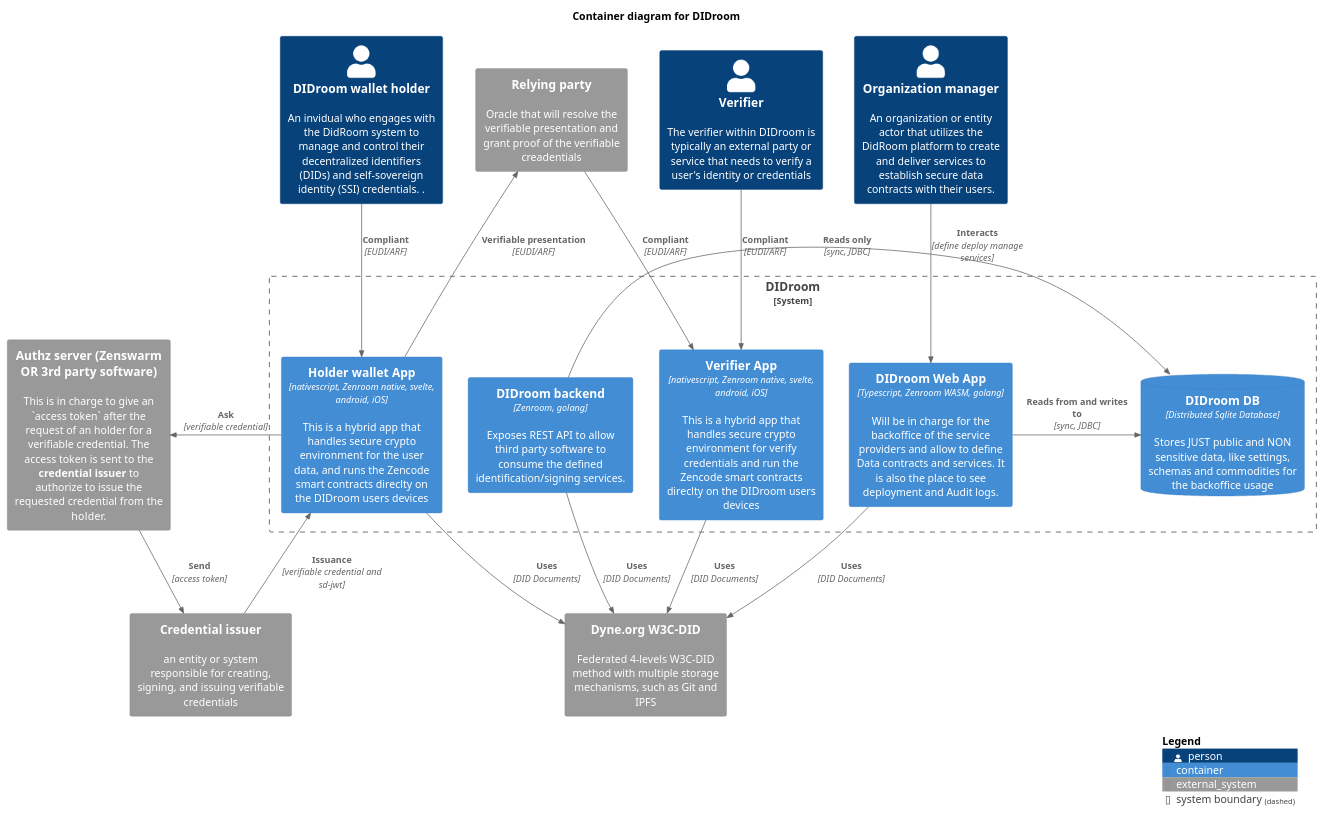
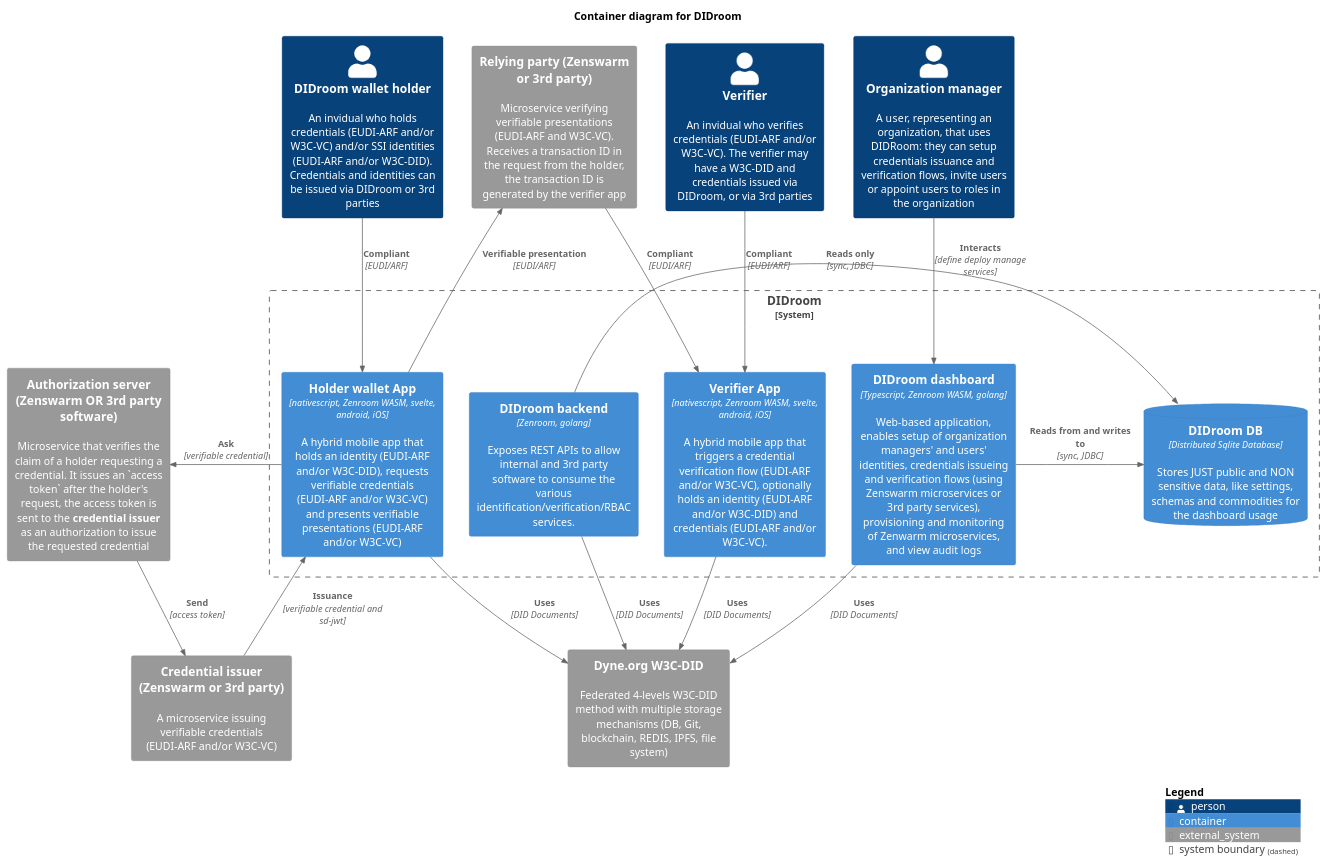
Before and after one commit to ForkbombEu/DIDroom: the diagram in diagrams/02_container.puml, drawn with PlantUML.

Commit message:
Update copy (Trustchain D2)

```diff
--- a/diagrams/02_container.puml
+++ b/diagrams/02_container.puml
@@ -1,44 +1,44 @@
 @startuml
 !include C4_Container.puml
 
 title Container diagram for DIDroom
 
-Person(org, "Organization manager", "An organization or entity actor that utilizes the DidRoom platform to create and deliver services to establish secure data contracts with their users.")
-Person(user, "DIDroom wallet holder", "An invidual who engages with the DidRoom system to manage and control their decentralized identifiers (DIDs) and self-sovereign identity (SSI) credentials. .")
-Person(verifier, "Verifier", "The verifier within DIDroom is typically an external party or service that needs to verify a user's identity or credentials")
-System_Ext(issuer, "Credential issuer", "an entity or system responsible for creating, signing, and issuing verifiable credentials")
+Person(org, "Organization manager", "A user, representing an organization, that uses DIDRoom: they can setup credentials issuance and verification flows, invite users or appoint users to roles in the organization")
+Person(user, "DIDroom wallet holder", "An invidual who holds credentials (EUDI-ARF and/or W3C-VC) and/or SSI identities (EUDI-ARF and/or W3C-DID). Credentials and identities can be issued via DIDroom or 3rd parties")
+Person(verifier, "Verifier", "An invidual who verifies credentials (EUDI-ARF and/or W3C-VC). The verifier may have a W3C-DID and credentials issued via DIDroom, or via 3rd parties")
+System_Ext(issuer, "Credential issuer (Zenswarm or 3rd party)", "A microservice issuing verifiable credentials (EUDI-ARF and/or W3C-VC)")
 
 System_Boundary(didroom_solution, "DIDroom") {
-  Container(wallet, "Holder wallet App", "nativescript, Zenroom native, svelte, android, iOS", "This is a hybrid app that handles secure crypto environment for the user data, and runs the Zencode smart contracts direclty on the DIDroom users devices")
-  Container(didroom, "DIDroom Web App", "Typescript, Zenroom WASM, golang", "Will be in charge for the backoffice of the service providers and allow to define Data contracts and services. It is also the place to see deployment and Audit logs.")
-  Container(didroom_backend, "DIDroom backend", "Zenroom, golang", "Exposes REST API to allow third party software to consume the defined identification/signing services.")
-  ContainerDb(db, "DIDroom DB", "Distributed Sqlite Database", "Stores JUST public and NON sensitive data, like settings, schemas and commodities for the backoffice usage")
-  Container(verifier_app, "Verifier App", "nativescript, Zenroom native, svelte, android, iOS", "This is a hybrid app that handles secure crypto environment for verify credentials and run the Zencode smart contracts direclty on the DIDroom users devices")
+  Container(wallet, "Holder wallet App", "nativescript, Zenroom WASM, svelte, android, iOS", "A hybrid mobile app that holds an identity (EUDI-ARF and/or W3C-DID), requests verifiable credentials (EUDI-ARF and/or W3C-VC) and presents verifiable presentations (EUDI-ARF and/or W3C-VC)")
+  Container(didroom, "DIDroom dashboard", "Typescript, Zenroom WASM, golang", "Web-based application, enables setup of organization managers' and users' identities, credentials issueing and verification flows (using Zenswarm microservices or 3rd party services), provisioning and monitoring of Zenwarm microservices, and view audit logs")
+  Container(didroom_backend, "DIDroom backend", "Zenroom, golang", "Exposes REST APIs to allow internal and 3rd party software to consume the various identification/verification/RBAC services.")
+  ContainerDb(db, "DIDroom DB", "Distributed Sqlite Database", "Stores JUST public and NON sensitive data, like settings, schemas and commodities for the dashboard usage")
+  Container(verifier_app, "Verifier App", "nativescript, Zenroom WASM, svelte, android, iOS", "A hybrid mobile app that triggers a credential verification flow (EUDI-ARF and/or W3C-VC), optionally holds an identity (EUDI-ARF and/or W3C-DID) and credentials (EUDI-ARF and/or W3C-VC).")
 }
 
 
-System_Ext(did, "Dyne.org W3C-DID", "Federated 4-levels W3C-DID method with multiple storage mechanisms, such as Git and IPFS")
-System_Ext(relying_party, "Relying party", "Oracle that will resolve the verifiable presentation and grant proof of the verifiable creadentials")
-System_Ext(auth_server, "Authz server (Zenswarm OR 3rd party software)", "This is in charge to give an `access token` after the request of an holder for a verifiable credential. The access token is sent to the **credential issuer** to authorize to issue the requested credential from the holder.")
+System_Ext(did, "Dyne.org W3C-DID", "Federated 4-levels W3C-DID method with multiple storage mechanisms (DB, Git, blockchain, REDIS, IPFS, file system)")
+System_Ext(relying_party, "Relying party (Zenswarm or 3rd party)", "Microservice verifying verifiable presentations (EUDI-ARF and W3C-VC). Receives a transaction ID in the request from the holder, the transaction ID is generated by the verifier app")
+System_Ext(auth_server, "Authorization server (Zenswarm OR 3rd party software)", "Microservice that verifies the claim of a holder requesting a credential. It issues an `access token` after the holder's request, the access token is sent to the **credential issuer** as an authorization to issue the requested credential")
 
 Rel_R(didroom, db, "Reads from and writes to", "sync, JDBC")
 Rel_R(didroom_backend, db, "Reads only", "sync, JDBC")
 Rel(user, wallet, "Compliant", "EUDI/ARF")
 Rel(verifier, verifier_app, "Compliant", "EUDI/ARF")
 Rel(relying_party, verifier_app, "Compliant", "EUDI/ARF")
 Rel_Neighbor(wallet, relying_party, "Verifiable presentation", "EUDI/ARF")
 Rel(auth_server, issuer , "Send", "access token")
 Rel_R(wallet, auth_server, "Ask", "verifiable credential")
 Rel(issuer, wallet, "Issuance", "verifiable credential and sd-jwt")
 
 
 Rel(org, didroom, "Interacts", "define deploy manage services")
 Rel(didroom, did, "Uses", "DID Documents")
 Rel(verifier_app, did, "Uses", "DID Documents")
 Rel(didroom_backend, did, "Uses", "DID Documents")
 Rel(wallet, did, "Uses", "DID Documents")
 
 Lay_L(didroom_backend, db)
 
 SHOW_LEGEND()
 @enduml
```
